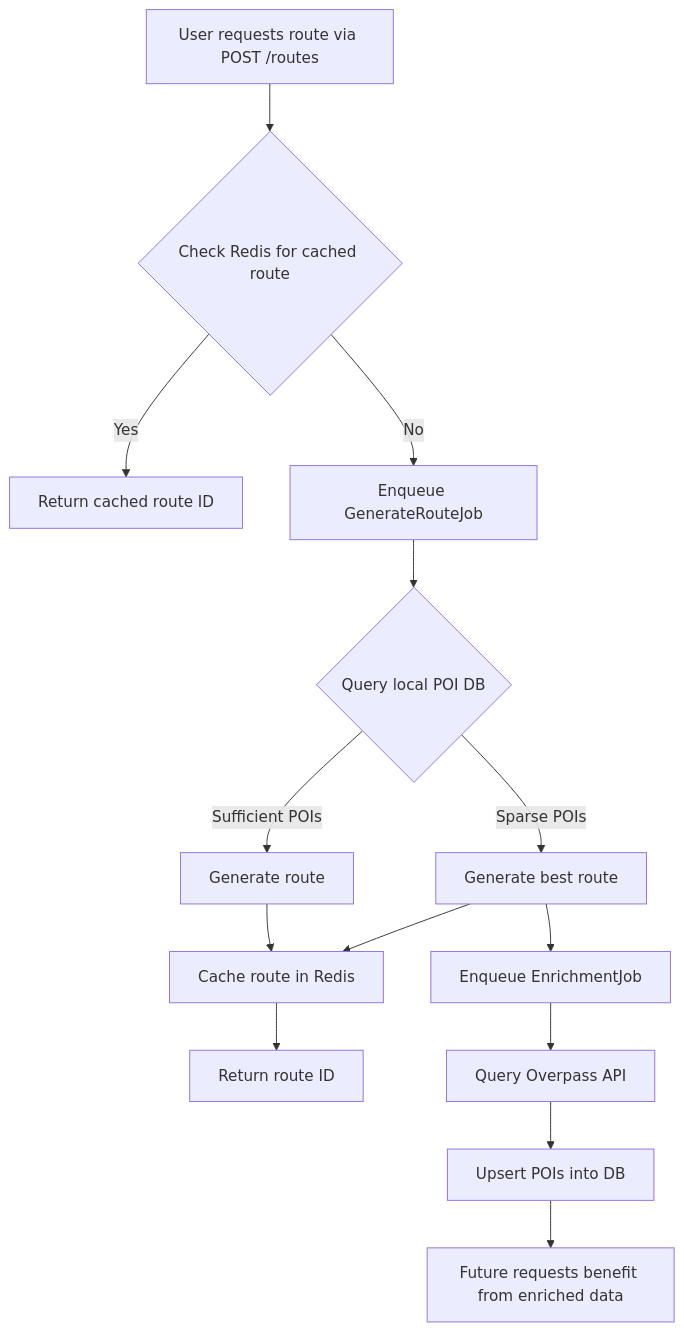
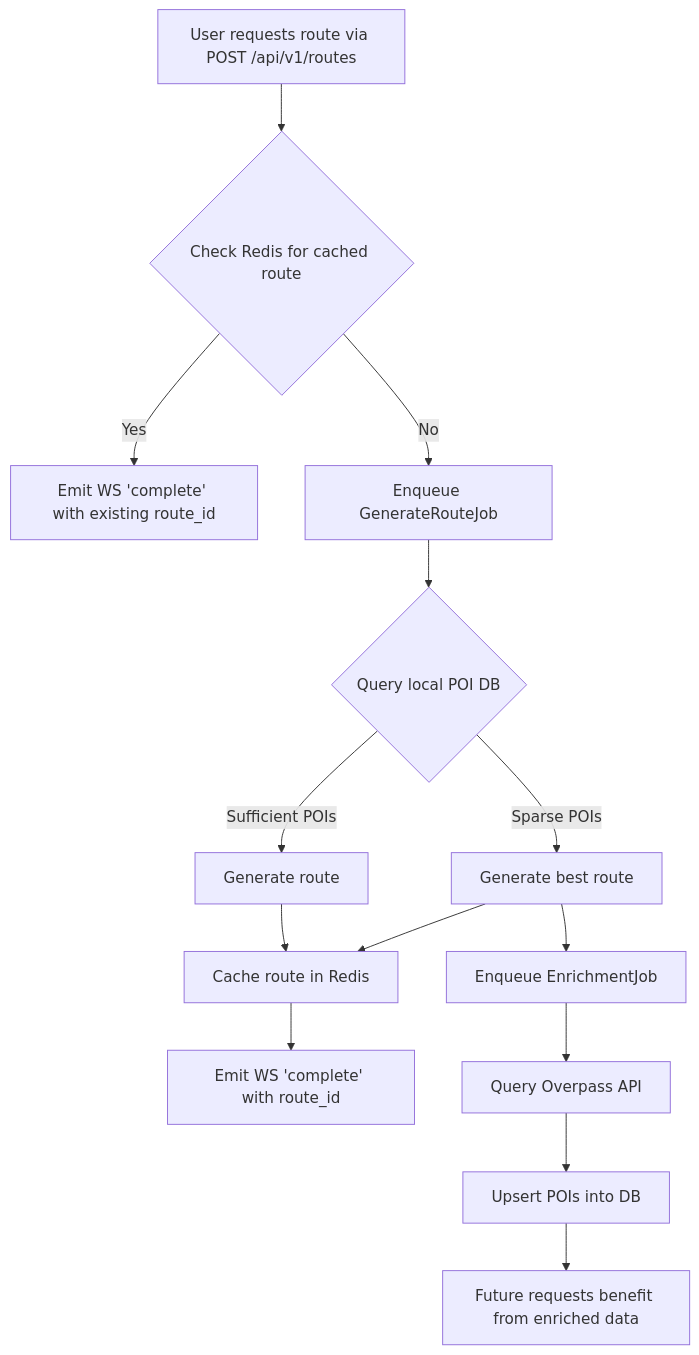
The third of 4 diagrams in docs/wildside-backend-design.md (leynos/wildside), drawn with Mermaid before and after one commit. The commit also changed other lines of this file, not shown here.

Commit message:
Clarify route API flow

````diff
--- a/docs/wildside-backend-design.md
+++ b/docs/wildside-backend-design.md
@@ -333,16 +341,16 @@
 ```mermaid
 flowchart TD
-    A[User requests route via POST /routes] --> B{Check Redis for cached route}
-    B -- Yes --> C[Return cached route ID]
+    A[User requests route via POST /api/v1/routes] --> B{Check Redis for cached route}
+    B -- Yes --> C[Emit WS 'complete' with existing route_id]
     B -- No --> D[Enqueue GenerateRouteJob]
     D --> E{Query local POI DB}
     E -- Sufficient POIs --> F[Generate route]
     E -- Sparse POIs --> G[Generate best route]
     G --> H[Enqueue EnrichmentJob]
     F --> I[Cache route in Redis]
     G --> I
-    I --> J[Return route ID]
+    I --> J[Emit WS 'complete' with route_id]
     H --> K[Query Overpass API]
     K --> L[Upsert POIs into DB]
     L --> M[Future requests benefit from enriched data]
 ```
````
